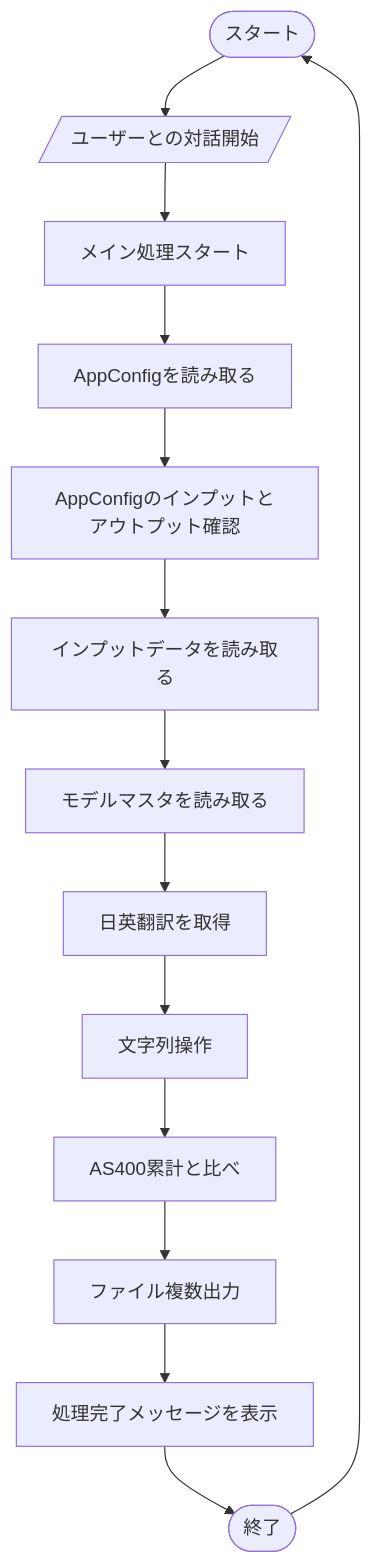
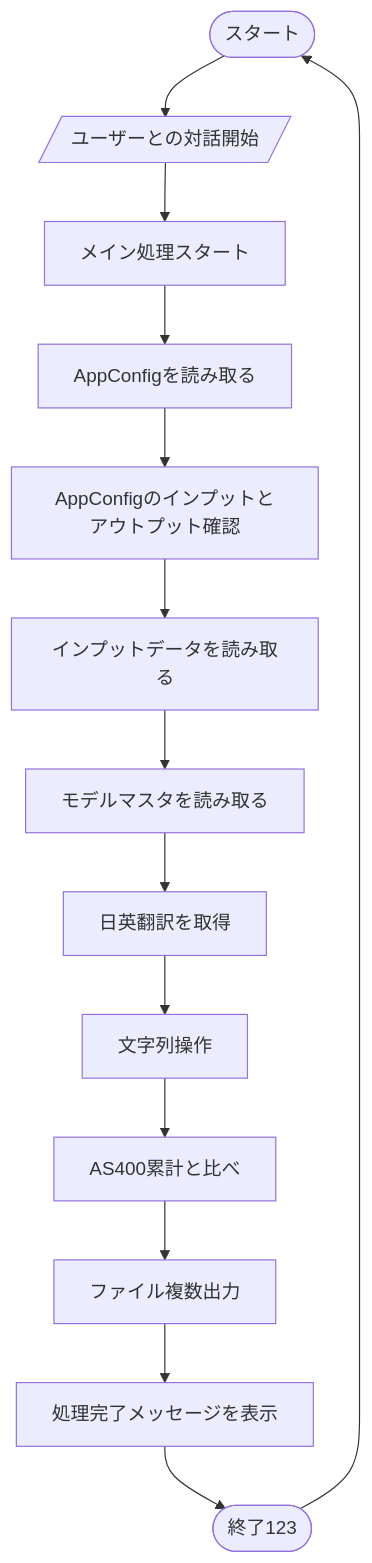
The diagram in flowcharts/conception.mmd (rhoenkelevra/pre_commit), drawn with Mermaid before and after one commit. The commit also changed 1 other file, not shown here.

```diff
--- a/flowcharts/conception.mmd
+++ b/flowcharts/conception.mmd
@@ -1,29 +1,29 @@
 flowchart TB
     start(["スタート"])
     UserInteraction[/"ユーザーとの対話開始"/]
     StartMainProcess["メイン処理スタート"]
     LoadAppConfig["AppConfigを読み取る"]
     CheckInputs/OutputsFromConfig["AppConfigのインプットとアウトプット確認"]
     LoadInputFiles["インプットデータを読み取る"]
     LoadMasterFile["モデルマスタを読み取る"]
     GetTranslations["日英翻訳を取得"]
     Check/ChangeStrings["文字列操作"]
     CompareWithPrevious["AS400累計と比べ"]
     OutputFiles["ファイル複数出力"]
     OutputFinalMessage["処理完了メッセージを表示"]
-    End(["終了"])
+    End(["終了123"])
 
     start
     --> UserInteraction
     --> StartMainProcess
     --> LoadAppConfig
     --> CheckInputs/OutputsFromConfig
     --> LoadInputFiles
     --> LoadMasterFile
     --> GetTranslations
     --> Check/ChangeStrings
     --> CompareWithPrevious
     --> OutputFiles
     --> OutputFinalMessage
     --> End
     --> start
```
